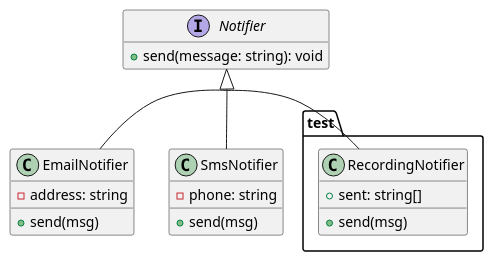
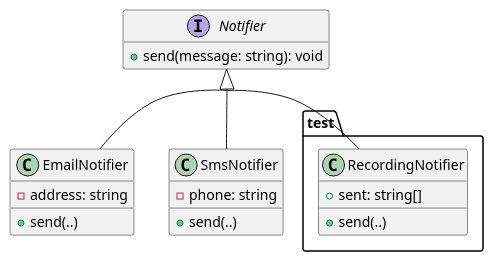
One commit to ubccpsc/210 changed the second of 4 diagrams in docs/part2/05_boundaries.md. Above: the diagram before and after it, drawn with PlantUML. The commit also changed other lines of this file and 6 other files, not shown here.

````diff
--- a/docs/part2/05_boundaries.md
+++ b/docs/part2/05_boundaries.md
@@ -213,25 +200,25 @@
 ```plantuml
 @startuml
 
 hide empty members
 skinparam groupInheritance 2
 
 interface Notifier
 
 Notifier <|.. EmailNotifier
 Notifier <|.. SmsNotifier
 
 Notifier : +send(message: string): void
 EmailNotifier : -address: string
-EmailNotifier : +send(msg)
+EmailNotifier : +send(..)
 SmsNotifier : -phone: string
-SmsNotifier : +send(msg)
+SmsNotifier : +send(..)
 
 package test {
     Notifier <|.. RecordingNotifier
     RecordingNotifier : +sent: string[]
-    RecordingNotifier : +send(msg)
+    RecordingNotifier : +send(..)
 }
 
 @enduml
 ```
````
